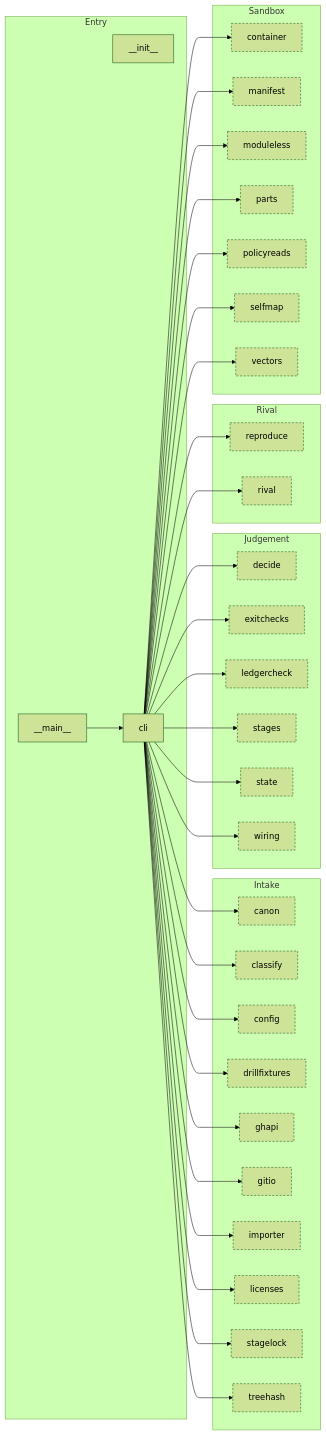
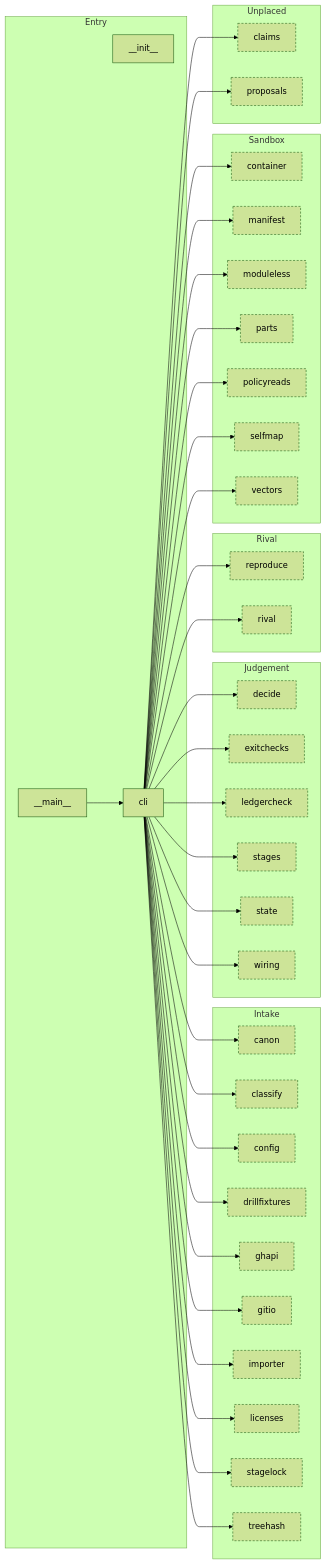
The third of 9 diagrams in docs/harita.md (Okan-wqm/snowball-mcp), drawn with Mermaid (forest theme) before and after one commit. The commit also changed other lines of this file and 26 other files, not shown here.

````diff
--- a/docs/harita.md
+++ b/docs/harita.md
@@ -111,68 +117,74 @@
 ```mermaid
 flowchart LR
   subgraph a_Entry["Entry"]
     m___init__["__init__"]
     m___main__["__main__"]
     m_cli["cli"]
   end
   subgraph a_Intake["Intake"]
     m_canon["canon"]:::outside
     m_classify["classify"]:::outside
     m_config["config"]:::outside
     m_drillfixtures["drillfixtures"]:::outside
     m_ghapi["ghapi"]:::outside
     m_gitio["gitio"]:::outside
     m_importer["importer"]:::outside
     m_licenses["licenses"]:::outside
     m_stagelock["stagelock"]:::outside
     m_treehash["treehash"]:::outside
   end
   subgraph a_Judgement["Judgement"]
     m_decide["decide"]:::outside
     m_exitchecks["exitchecks"]:::outside
     m_ledgercheck["ledgercheck"]:::outside
     m_stages["stages"]:::outside
     m_state["state"]:::outside
     m_wiring["wiring"]:::outside
   end
   subgraph a_Rival["Rival"]
     m_reproduce["reproduce"]:::outside
     m_rival["rival"]:::outside
   end
   subgraph a_Sandbox["Sandbox"]
     m_container["container"]:::outside
     m_manifest["manifest"]:::outside
     m_moduleless["moduleless"]:::outside
     m_parts["parts"]:::outside
     m_policyreads["policyreads"]:::outside
     m_selfmap["selfmap"]:::outside
     m_vectors["vectors"]:::outside
   end
+  subgraph a_Unplaced["Unplaced"]
+    m_claims["claims"]:::outside
+    m_proposals["proposals"]:::outside
+  end
   m___main__ --> m_cli
   m_cli --> m_canon
+  m_cli --> m_claims
   m_cli --> m_classify
   m_cli --> m_config
   m_cli --> m_container
   m_cli --> m_decide
   m_cli --> m_drillfixtures
   m_cli --> m_exitchecks
   m_cli --> m_ghapi
   m_cli --> m_gitio
   m_cli --> m_importer
   m_cli --> m_ledgercheck
   m_cli --> m_licenses
   m_cli --> m_manifest
   m_cli --> m_moduleless
   m_cli --> m_parts
   m_cli --> m_policyreads
+  m_cli --> m_proposals
   m_cli --> m_reproduce
   m_cli --> m_rival
   m_cli --> m_selfmap
   m_cli --> m_stagelock
   m_cli --> m_stages
   m_cli --> m_state
   m_cli --> m_treehash
   m_cli --> m_vectors
   m_cli --> m_wiring
   classDef outside stroke-dasharray: 4 3
 ```
````
